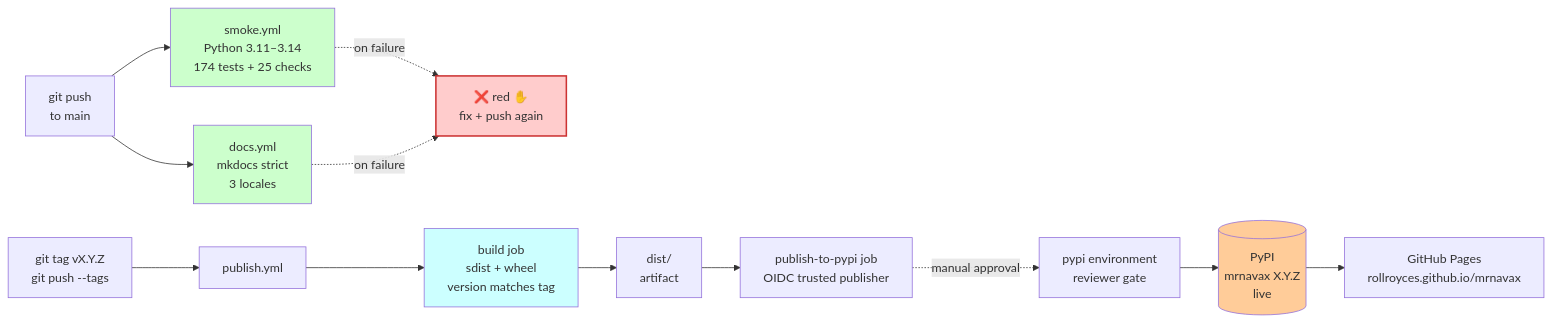
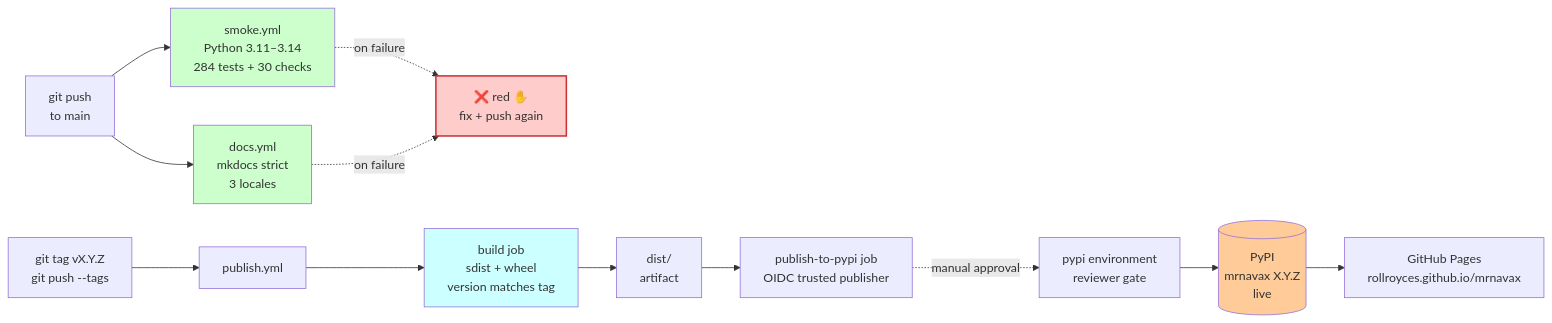
One commit to rollroyces/mrnavax changed the third of 3 diagrams in README.md. Above: the diagram before and after it, drawn with Mermaid. The commit also changed other lines of this file and 2 other files, not shown here.

First line of the commit message:
docs(readme): sync with v0.24.0 state (284 tests, 30 checks, 8 subcommands, 10 adapters)

````diff
--- a/README.md
+++ b/README.md
@@ -461,21 +461,21 @@
 ```mermaid
 flowchart LR
-    DEV["git push<br/>to main"] --> SMOKE["smoke.yml<br/>Python 3.11–3.14<br/>174 tests + 25 checks"]
+    DEV["git push<br/>to main"] --> SMOKE["smoke.yml<br/>Python 3.11–3.14<br/>284 tests + 30 checks"]
     DEV --> DOCS["docs.yml<br/>mkdocs strict<br/>3 locales"]
     SMOKE -.on failure.-> FAIL["❌ red ✋<br/>fix + push again"]
     DOCS -.on failure.-> FAIL
 
     TAG["git tag vX.Y.Z<br/>git push --tags"] --> PUB["publish.yml"]
     PUB --> BUILD["build job<br/>sdist + wheel<br/>version matches tag"]
     BUILD --> ART["dist/<br/>artifact"]
     ART --> PYP["publish-to-pypi job<br/>OIDC trusted publisher"]
     PYP -.manual approval.-> REVIEW["pypi environment<br/>reviewer gate"]
     REVIEW --> LIVE[("PyPI<br/>mrnavax X.Y.Z<br/>live")]
     LIVE --> PAGES["GitHub Pages<br/>rollroyces.github.io/mrnavax"]
 
     style SMOKE fill:#cfc
     style DOCS fill:#cfc
     style BUILD fill:#cff
     style LIVE fill:#fc9
     style FAIL fill:#fcc,stroke:#c33,stroke-width:2px
 ```
````
